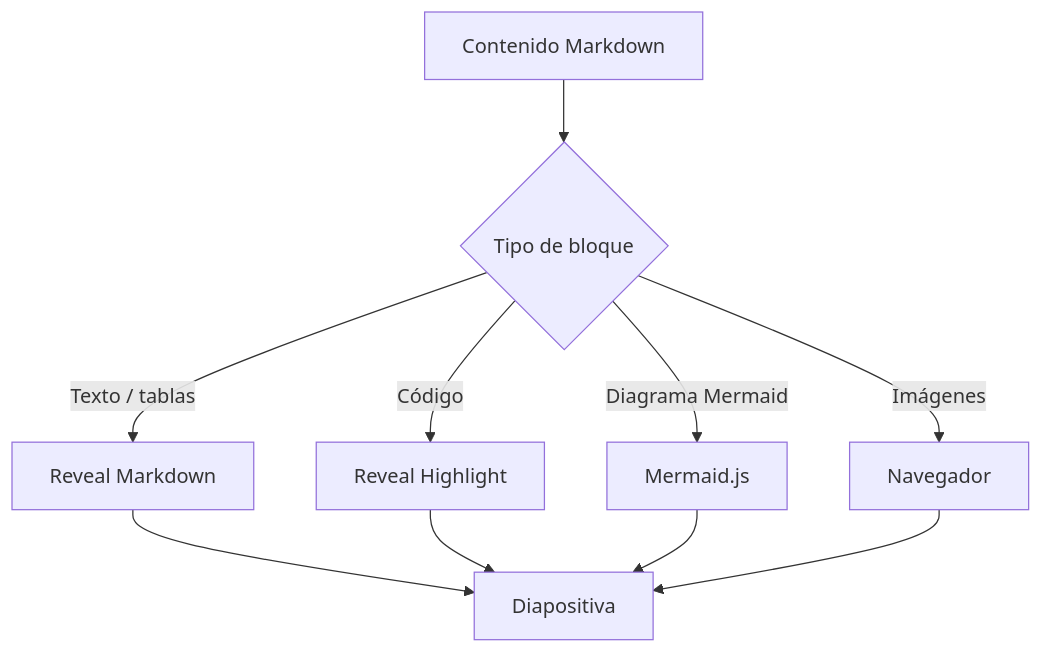
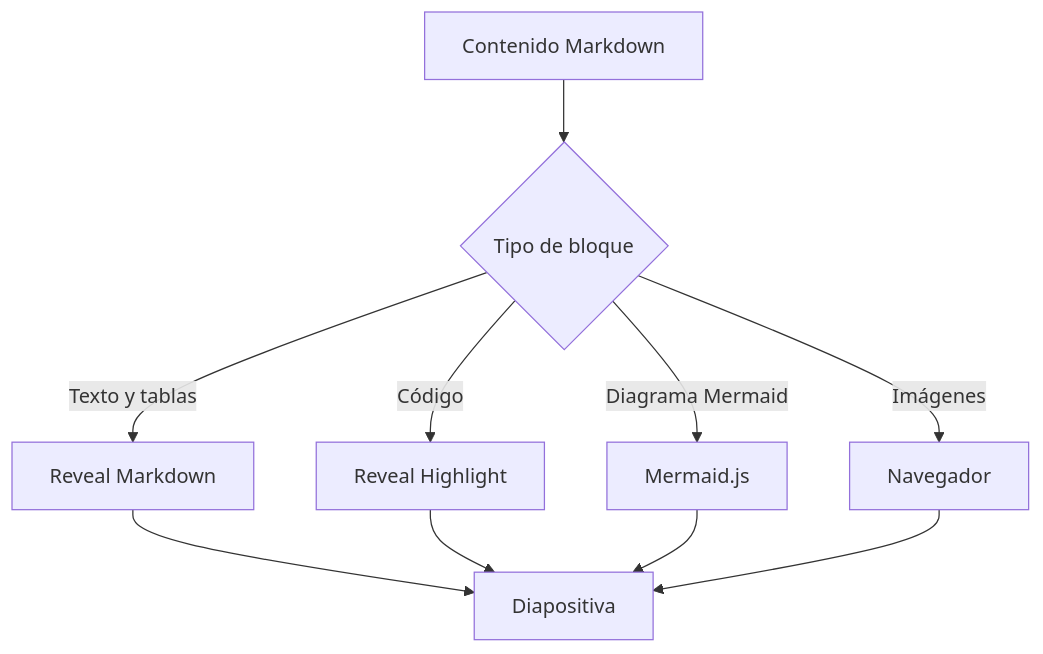
Before and after one commit to jorgektch/readme-to-slides: the second of 4 diagrams in README.md, drawn with Mermaid. The commit also changed other lines of this file and 6 other files, not shown here.

First line of the commit message:
fix: render Mermaid diagrams and redesign workshop cover slide

````diff
--- a/README.md
+++ b/README.md
@@ -76,12 +80,12 @@
 ```mermaid
 flowchart TD
-    A[Contenido Markdown] --> B{Tipo de bloque}
-    B -->|Texto / tablas| C[Reveal Markdown]
-    B -->|Código| D[Reveal Highlight]
-    B -->|Diagrama Mermaid| E[Mermaid.js]
-    B -->|Imágenes| F[Navegador]
-    C --> G[Diapositiva]
+    A["Contenido Markdown"] --> B{"Tipo de bloque"}
+    B -->|"Texto y tablas"| C["Reveal Markdown"]
+    B -->|"Código"| D["Reveal Highlight"]
+    B -->|"Diagrama Mermaid"| E["Mermaid.js"]
+    B -->|"Imágenes"| F["Navegador"]
+    C --> G["Diapositiva"]
     D --> G
     E --> G
     F --> G
 ```
````
